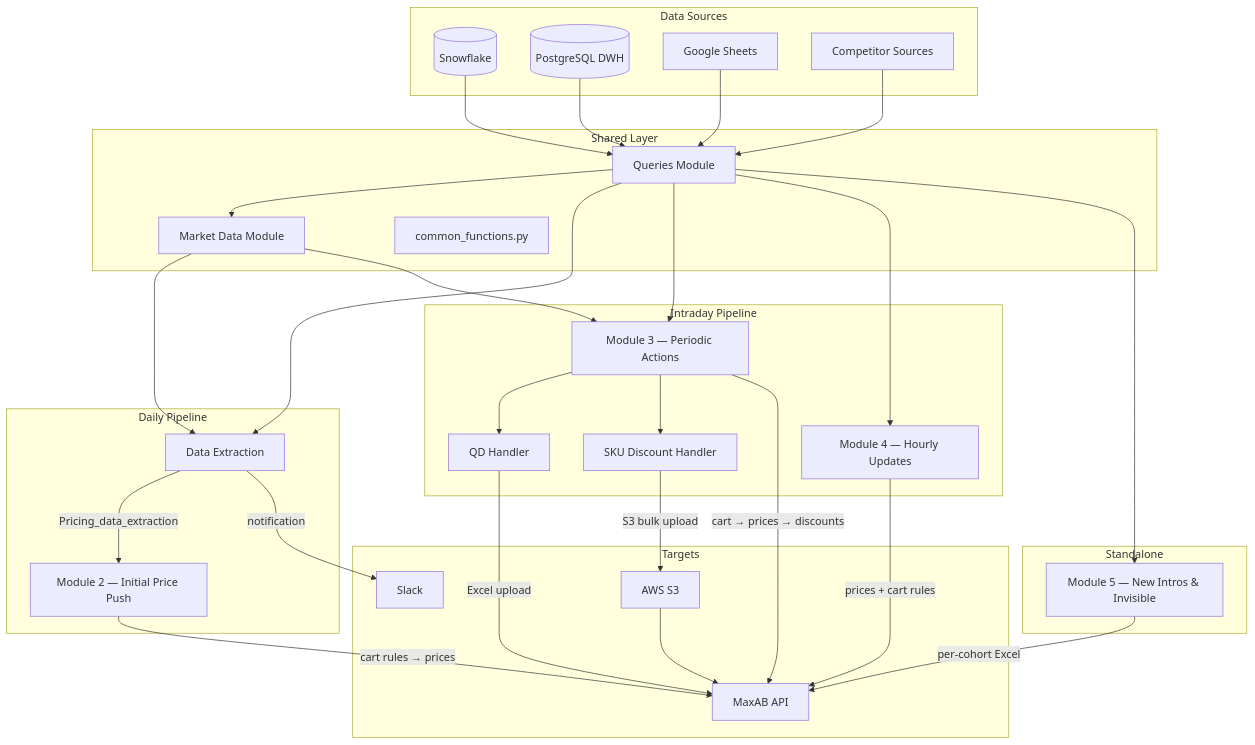
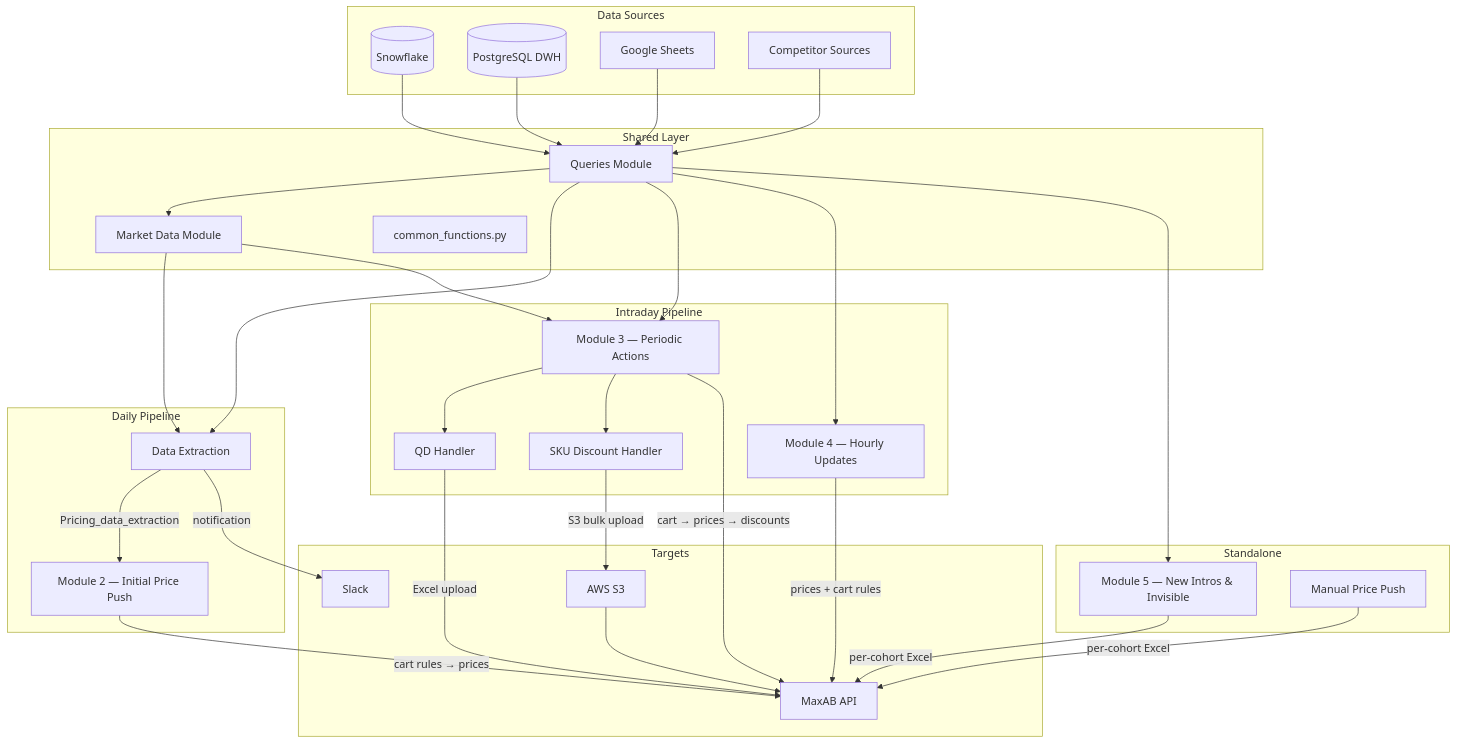
The first of 6 diagrams in README.md (Maxab-Growth/Mustafa), drawn with Mermaid before and after one commit. The commit also changed other lines of this file and 11 other files, not shown here.

````diff
--- a/README.md
+++ b/README.md
@@ -25,56 +26,58 @@
 ```mermaid
 graph TB
     subgraph Data Sources
         SF[(Snowflake)]
         PG[(PostgreSQL DWH)]
         GS[Google Sheets]
         COMP[Competitor Sources]
     end
 
     subgraph Shared Layer
         QM[Queries Module]
         MD[Market Data Module]
         CF[common_functions.py]
     end
 
     subgraph Daily Pipeline
         DE[Data Extraction]
         M2[Module 2 — Initial Price Push]
     end
 
     subgraph Intraday Pipeline
         M3[Module 3 — Periodic Actions]
         M4[Module 4 — Hourly Updates]
         QD[QD Handler]
         SKU[SKU Discount Handler]
     end
 
     subgraph Standalone
         M5[Module 5 — New Intros & Invisible]
+        MP[Manual Price Push]
     end
 
     subgraph Targets
         API[MaxAB API]
         S3[AWS S3]
         SL[Slack]
     end
 
     SF & PG & GS & COMP --> QM
     QM --> MD
     QM & MD --> DE
     DE -->|Pricing_data_extraction| M2
     QM & MD --> M3
     QM --> M4
     M3 --> QD
     M3 --> SKU
     QM --> M5
 
     M2 -->|cart rules → prices| API
     M3 -->|cart → prices → discounts| API
     M4 -->|prices + cart rules| API
     M5 -->|per-cohort Excel| API
+    MP -->|per-cohort Excel| API
     QD -->|Excel upload| API
     SKU -->|S3 bulk upload| S3
     S3 --> API
     DE -->|notification| SL
 ```
````
